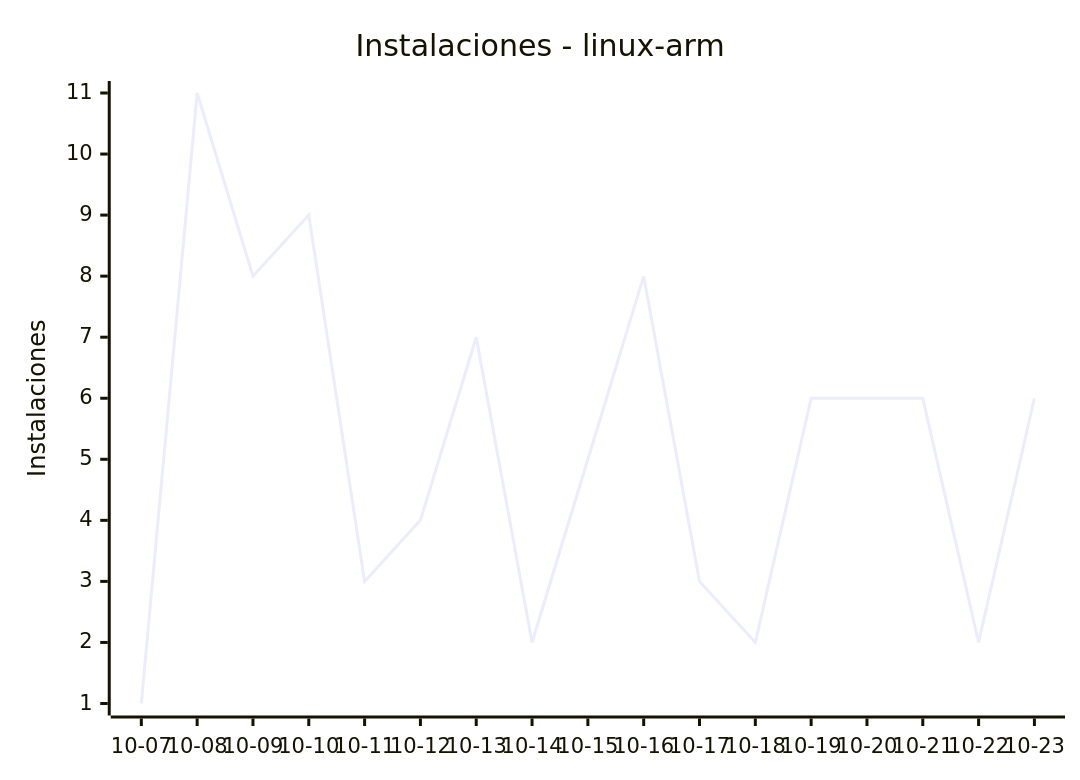
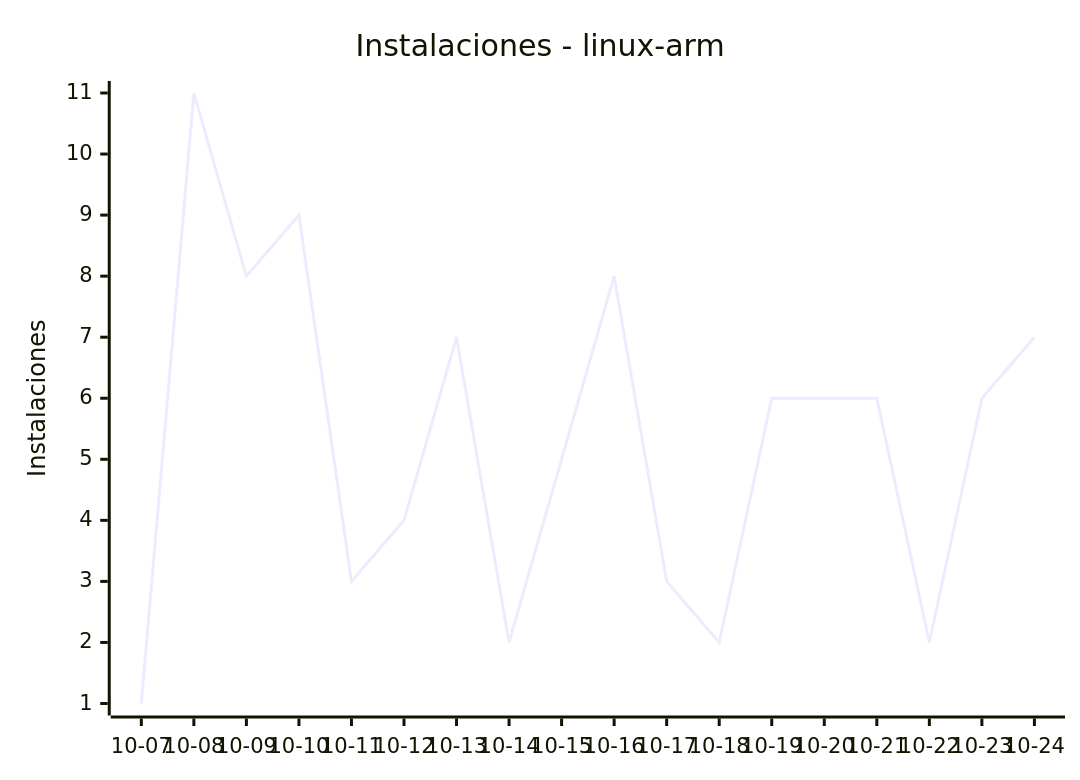
Before and after one commit to EmuDeck/stats: the sixth of 9 diagrams in README.md, drawn with Mermaid. The commit also changed other lines of this file and 2 other files, not shown here.

````diff
--- a/README.md
+++ b/README.md
@@ -68,7 +68,7 @@
 ```mermaid
 xychart-beta
     title "Instalaciones - linux-arm"
-    x-axis ["10-07", "10-08", "10-09", "10-10", "10-11", "10-12", "10-13", "10-14", "10-15", "10-16", "10-17", "10-18", "10-19", "10-20", "10-21", "10-22", "10-23"]
+    x-axis ["10-07", "10-08", "10-09", "10-10", "10-11", "10-12", "10-13", "10-14", "10-15", "10-16", "10-17", "10-18", "10-19", "10-20", "10-21", "10-22", "10-23", "10-24"]
     y-axis "Instalaciones"
-    line [1, 11, 8, 9, 3, 4, 7, 2, 5, 8, 3, 2, 6, 6, 6, 2, 6]
+    line [1, 11, 8, 9, 3, 4, 7, 2, 5, 8, 3, 2, 6, 6, 6, 2, 6, 7]
 ```
````
